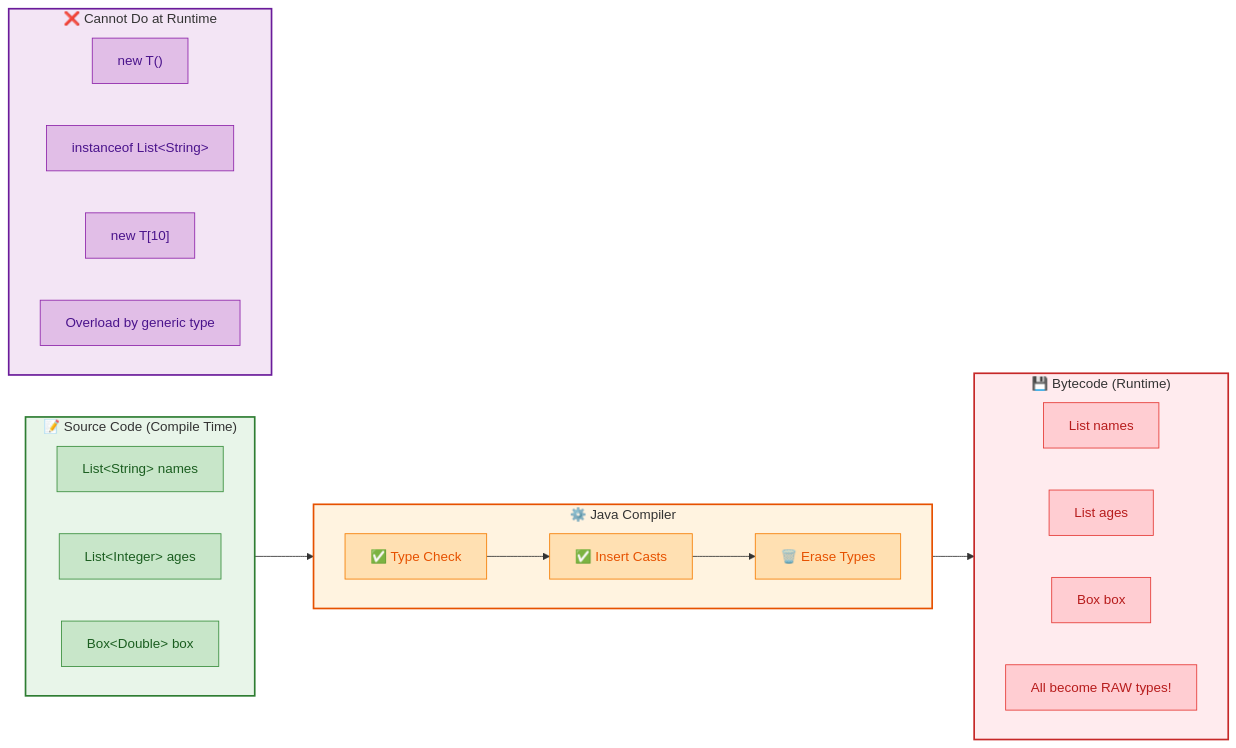
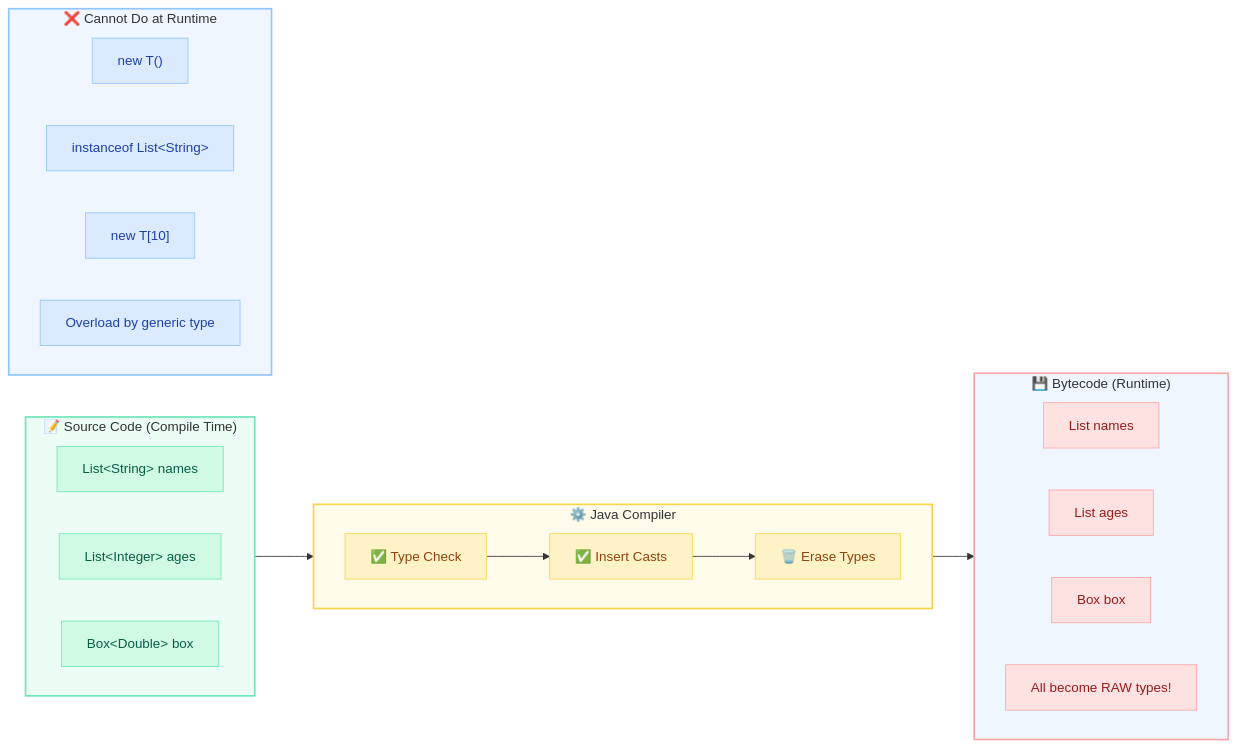
One commit to saivamsikaruturi/vamsilabs-dev-notes-main changed the fourth of 5 diagrams in docs/java/Generics.md. Above: the diagram before and after it, drawn with Mermaid. The commit also changed other lines of this file and 220 other files, not shown here.

First line of the commit message:
Add 50+ new Java/Spring Boot pages, rewrite CSS code blocks to Oracle style, fix all diagram colors

````diff
--- a/docs/java/Generics.md
+++ b/docs/java/Generics.md
@@ -323,54 +323,54 @@
 ```mermaid
 flowchart LR
     subgraph SOURCE["📝 Source Code (Compile Time)"]
         direction LR
         S1["List&lt;String&gt; names"]
         S2["List&lt;Integer&gt; ages"]
         S3["Box&lt;Double&gt; box"]
     end
 
     subgraph COMPILER["⚙️ Java Compiler"]
         direction LR
         C1["✅ Type Check"]
         C2["✅ Insert Casts"]
         C3["🗑️ Erase Types"]
         C1 --> C2 --> C3
     end
 
     subgraph BYTECODE["💾 Bytecode (Runtime)"]
         direction LR
         B1["List names"]
         B2["List ages"]
         B3["Box box"]
         B4["All become RAW types!"]
     end
 
     SOURCE --> COMPILER --> BYTECODE
 
     subgraph CANT["❌ Cannot Do at Runtime"]
         direction LR
         X1["new T()"]
         X2["instanceof List&lt;String&gt;"]
         X3["new T[10]"]
         X4["Overload by generic type"]
     end
 
-    style SOURCE fill:#E8F5E9,stroke:#2E7D32,stroke-width:2px
-    style COMPILER fill:#FFF3E0,stroke:#E65100,stroke-width:2px
-    style BYTECODE fill:#FFEBEE,stroke:#C62828,stroke-width:2px
-    style CANT fill:#F3E5F5,stroke:#6A1B9A,stroke-width:2px
-    style S1 fill:#C8E6C9,stroke:#388E3C,color:#1B5E20
-    style S2 fill:#C8E6C9,stroke:#388E3C,color:#1B5E20
-    style S3 fill:#C8E6C9,stroke:#388E3C,color:#1B5E20
-    style C1 fill:#FFE0B2,stroke:#F57C00,color:#E65100
-    style C2 fill:#FFE0B2,stroke:#F57C00,color:#E65100
-    style C3 fill:#FFE0B2,stroke:#F57C00,color:#E65100
-    style B1 fill:#FFCDD2,stroke:#E53935,color:#B71C1C
-    style B2 fill:#FFCDD2,stroke:#E53935,color:#B71C1C
-    style B3 fill:#FFCDD2,stroke:#E53935,color:#B71C1C
-    style B4 fill:#FFCDD2,stroke:#E53935,color:#B71C1C
-    style X1 fill:#E1BEE7,stroke:#8E24AA,color:#4A148C
-    style X2 fill:#E1BEE7,stroke:#8E24AA,color:#4A148C
-    style X3 fill:#E1BEE7,stroke:#8E24AA,color:#4A148C
-    style X4 fill:#E1BEE7,stroke:#8E24AA,color:#4A148C
+    style SOURCE fill:#ECFDF5,stroke:#6EE7B7,stroke-width:2px
+    style COMPILER fill:#FFFBEB,stroke:#FCD34D,stroke-width:2px
+    style BYTECODE fill:#EFF6FF,stroke:#FCA5A5,stroke-width:2px
+    style CANT fill:#EFF6FF,stroke:#93C5FD,stroke-width:2px
+    style S1 fill:#D1FAE5,stroke:#6EE7B7,color:#065F46
+    style S2 fill:#D1FAE5,stroke:#6EE7B7,color:#065F46
+    style S3 fill:#D1FAE5,stroke:#6EE7B7,color:#065F46
+    style C1 fill:#FEF3C7,stroke:#FCD34D,color:#92400E
+    style C2 fill:#FEF3C7,stroke:#FCD34D,color:#92400E
+    style C3 fill:#FEF3C7,stroke:#FCD34D,color:#92400E
+    style B1 fill:#FEE2E2,stroke:#FCA5A5,color:#991B1B
+    style B2 fill:#FEE2E2,stroke:#FCA5A5,color:#991B1B
+    style B3 fill:#FEE2E2,stroke:#FCA5A5,color:#991B1B
+    style B4 fill:#FEE2E2,stroke:#FCA5A5,color:#991B1B
+    style X1 fill:#DBEAFE,stroke:#93C5FD,color:#1E40AF
+    style X2 fill:#DBEAFE,stroke:#93C5FD,color:#1E40AF
+    style X3 fill:#DBEAFE,stroke:#93C5FD,color:#1E40AF
+    style X4 fill:#DBEAFE,stroke:#93C5FD,color:#1E40AF
 ```
````
